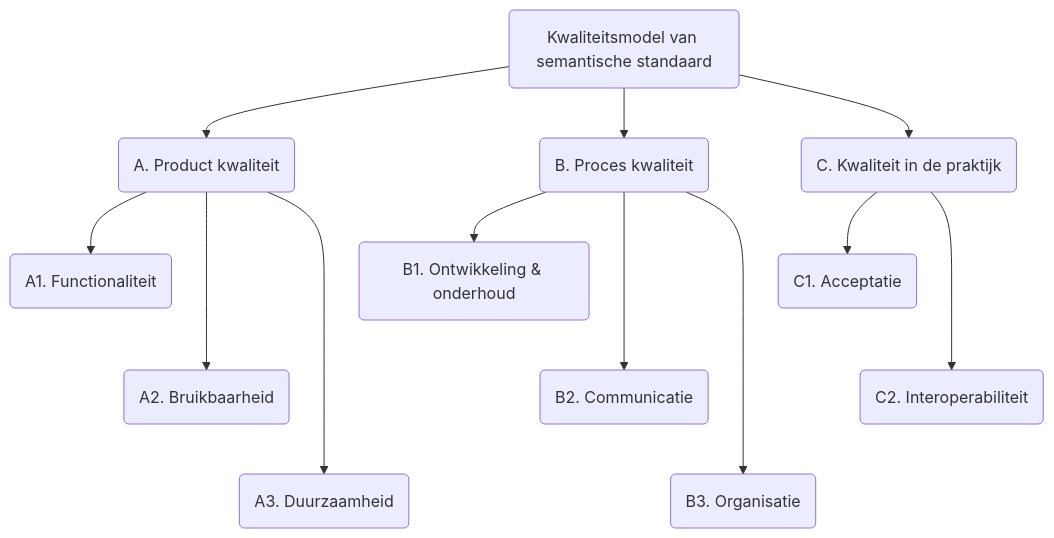
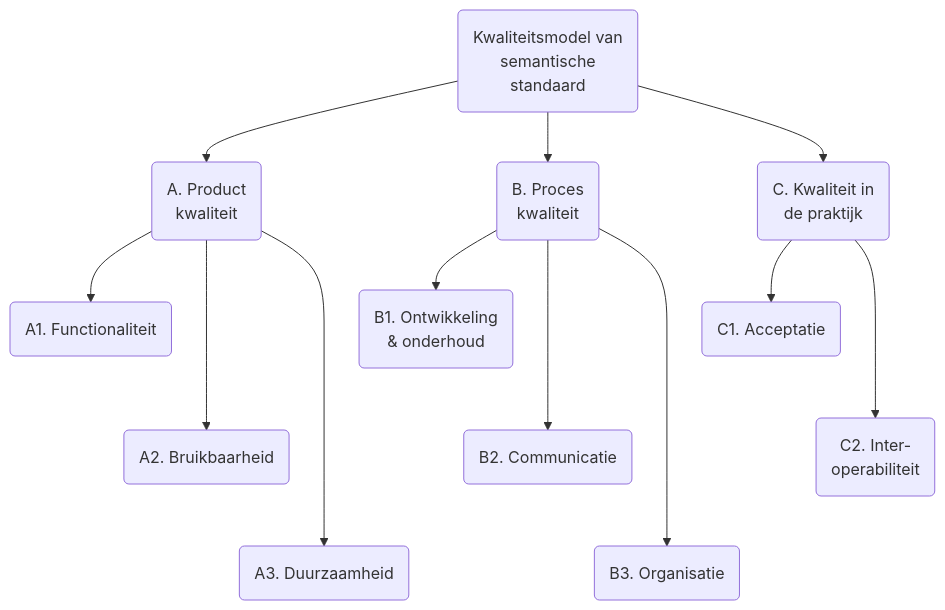
One commit to Logius-standaarden/BOMOS-Verdieping changed the second of 2 diagrams in ch02_Tactiek.md. Above: the diagram before and after it, drawn with Mermaid.

Commit message:
Update ch02_Tactiek.md
<br> tags om figuur hanteerbaar te houden.

````diff
--- a/ch02_Tactiek.md
+++ b/ch02_Tactiek.md
@@ -1131,26 +1131,26 @@
 ```mermaid
 graph TD;
-    kwaliteit(Kwaliteitsmodel van semantische standaard);
-    product(A. Product kwaliteit);
-    proces(B. Proces kwaliteit);
-    praktijk(C. Kwaliteit in de praktijk);
+    kwaliteit(Kwaliteitsmodel van<br>semantische<br>standaard);
+    product(A. Product<br>kwaliteit);
+    proces(B. Proces<br>kwaliteit);
+    praktijk(C. Kwaliteit in<br>de praktijk);
     functionaliteit(A1. Functionaliteit);
     bruikbaarheid(A2. Bruikbaarheid);
     duurzaamheid(A3. Duurzaamheid);
-    ontwikkeling(B1. Ontwikkeling & onderhoud);
+    ontwikkeling(B1. Ontwikkeling<br>& onderhoud);
     communicatie(B2. Communicatie);
     organisatie(B3. Organisatie);
     acceptatie(C1. Acceptatie);
-    interoperabiliteit(C2. Interoperabiliteit);
+    interoperabiliteit(C2. Inter-<br>operabiliteit);
     kwaliteit-->product;
     kwaliteit-->proces;
     kwaliteit-->praktijk;
     product-->functionaliteit;
     product--->bruikbaarheid;
     product---->duurzaamheid;
     proces-->ontwikkeling;
     proces--->communicatie;
     proces---->organisatie;
     praktijk-->acceptatie;
     praktijk--->interoperabiliteit;
 ```
````
